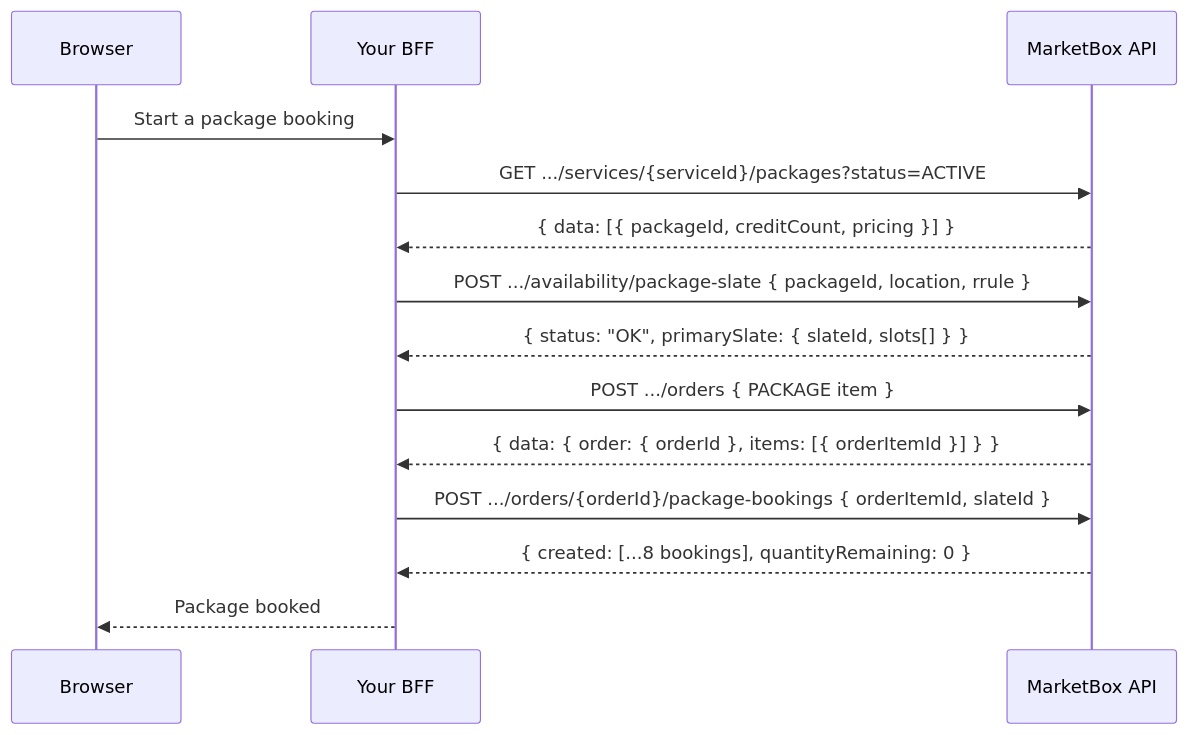
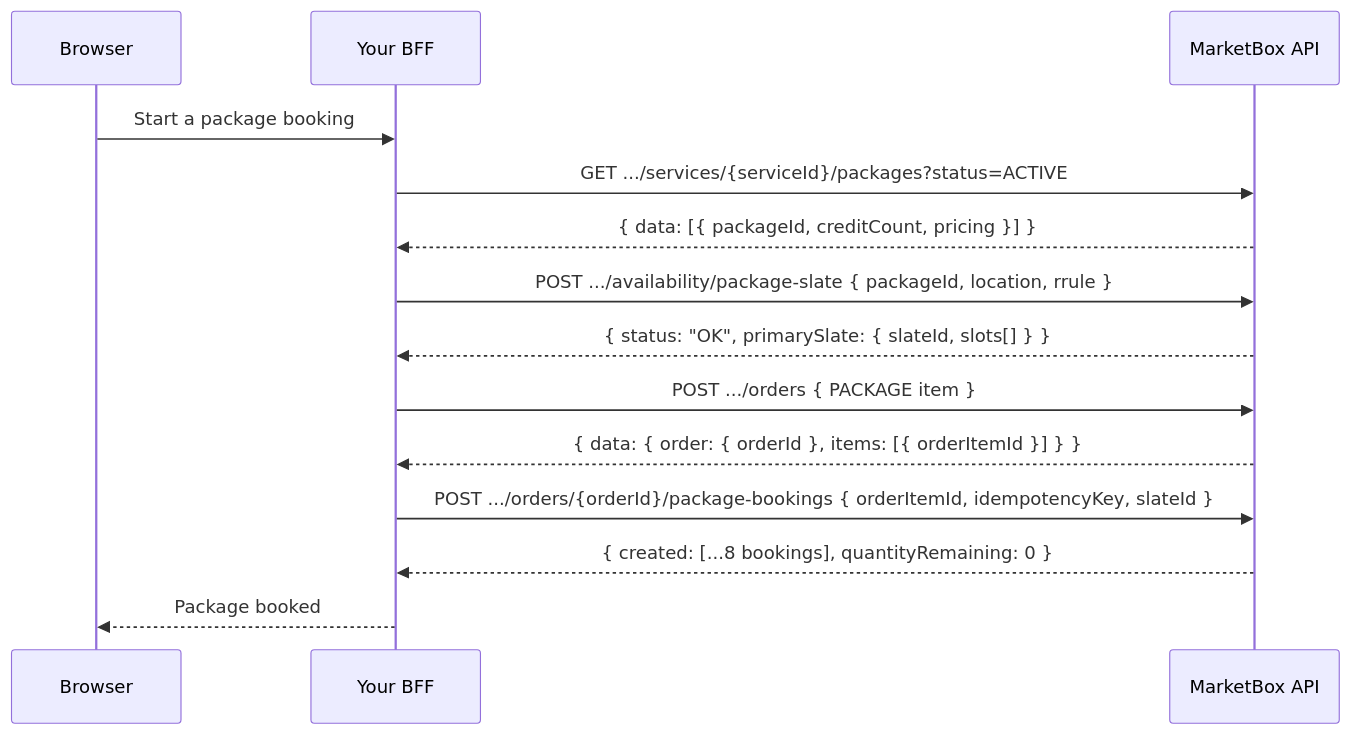
Before and after one commit to gomarketbox/docs: the diagram in guides/create-a-package-booking.mdx, drawn with Mermaid. The commit also changed other lines of this file and 29 other files, not shown here.

````diff
--- a/guides/create-a-package-booking.mdx
+++ b/guides/create-a-package-booking.mdx
@@ -56,16 +57,16 @@
 ```mermaid
 sequenceDiagram
     participant B as Browser
     participant BFF as Your BFF
     participant MB as MarketBox API
     B->>BFF: Start a package booking
     BFF->>MB: GET .../services/{serviceId}/packages?status=ACTIVE
     MB-->>BFF: { data: [{ packageId, creditCount, pricing }] }
     BFF->>MB: POST .../availability/package-slate { packageId, location, rrule }
     MB-->>BFF: { status: "OK", primarySlate: { slateId, slots[] } }
     BFF->>MB: POST .../orders { PACKAGE item }
     MB-->>BFF: { data: { order: { orderId }, items: [{ orderItemId }] } }
-    BFF->>MB: POST .../orders/{orderId}/package-bookings { orderItemId, slateId }
+    BFF->>MB: POST .../orders/{orderId}/package-bookings { orderItemId, idempotencyKey, slateId }
     MB-->>BFF: { created: [...8 bookings], quantityRemaining: 0 }
     BFF-->>B: Package booked
 ```
````
